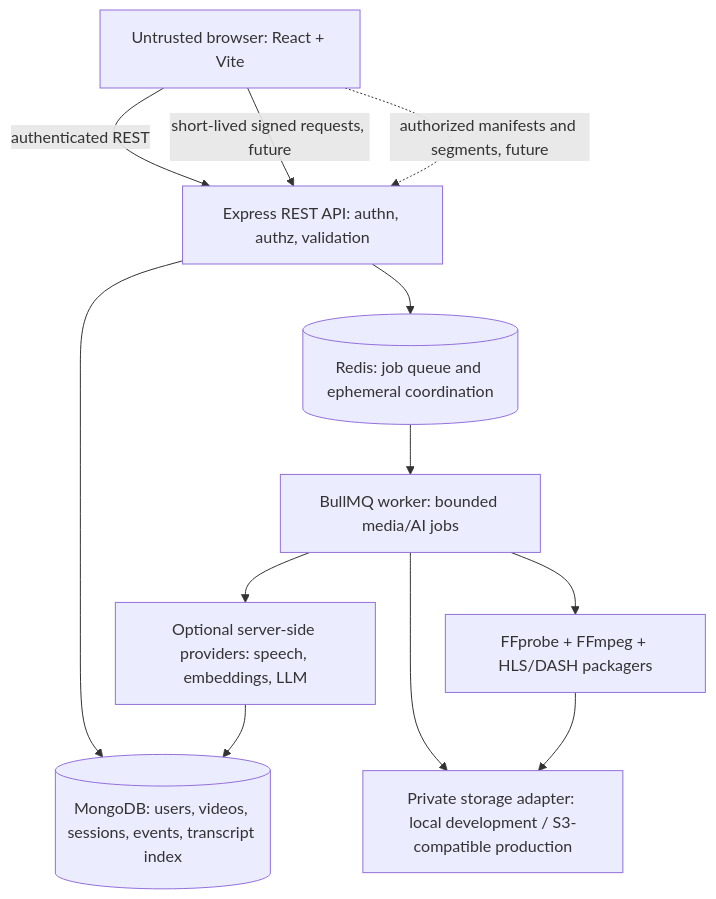
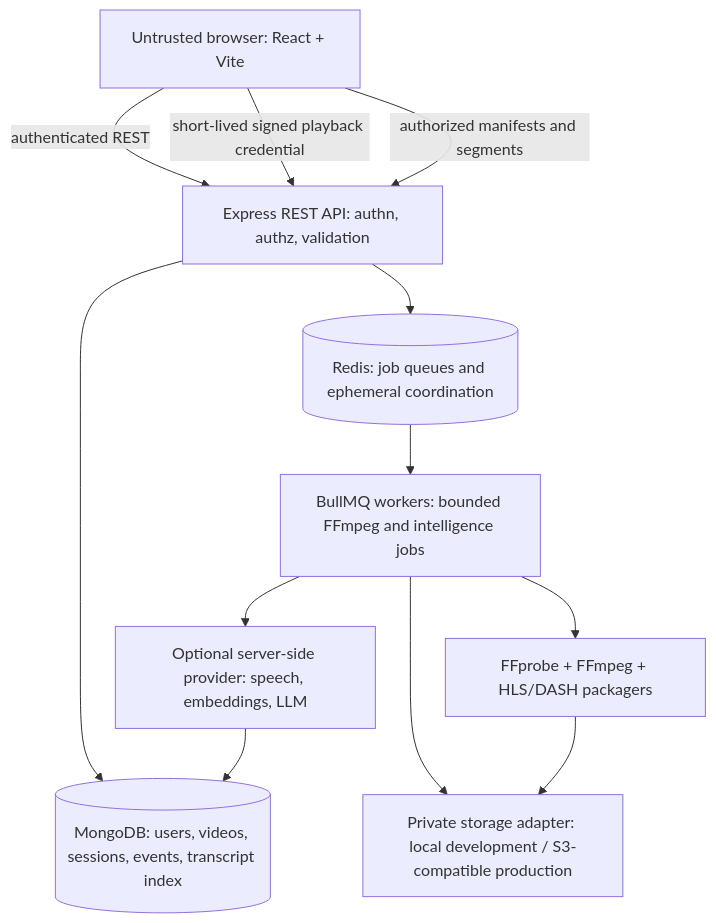
Before and after one commit to prince891pawar/secure-intelligent-video-infrastructure: the diagram in docs/architecture.md, drawn with Mermaid. The commit also changed other lines of this file and 58 other files, not shown here.

````diff
--- a/docs/architecture.md
+++ b/docs/architecture.md
@@ -5,23 +5,23 @@
 ```mermaid
 flowchart TB
   Web[Untrusted browser: React + Vite]
   API[Express REST API: authn, authz, validation]
   Mongo[(MongoDB: users, videos, sessions, events, transcript index)]
-  Redis[(Redis: job queue and ephemeral coordination)]
-  Worker[BullMQ worker: bounded media/AI jobs]
+  Redis[(Redis: job queues and ephemeral coordination)]
+  Worker[BullMQ workers: bounded FFmpeg and intelligence jobs]
   Storage[Private storage adapter: local development / S3-compatible production]
   FFmpeg[FFprobe + FFmpeg + HLS/DASH packagers]
-  AI[Optional server-side providers: speech, embeddings, LLM]
+  AI[Optional server-side provider: speech, embeddings, LLM]
 
   Web -->|authenticated REST| API
-  Web -->|short-lived signed requests, future| API
+  Web -->|short-lived signed playback credential| API
   API --> Mongo
   API --> Redis
   Redis --> Worker
   Worker --> Storage
   Worker --> FFmpeg
   FFmpeg --> Storage
   Worker --> AI
   AI --> Mongo
-  Web -.->|authorized manifests and segments, future| API
+  Web -->|authorized manifests and segments| API
 ```
````
